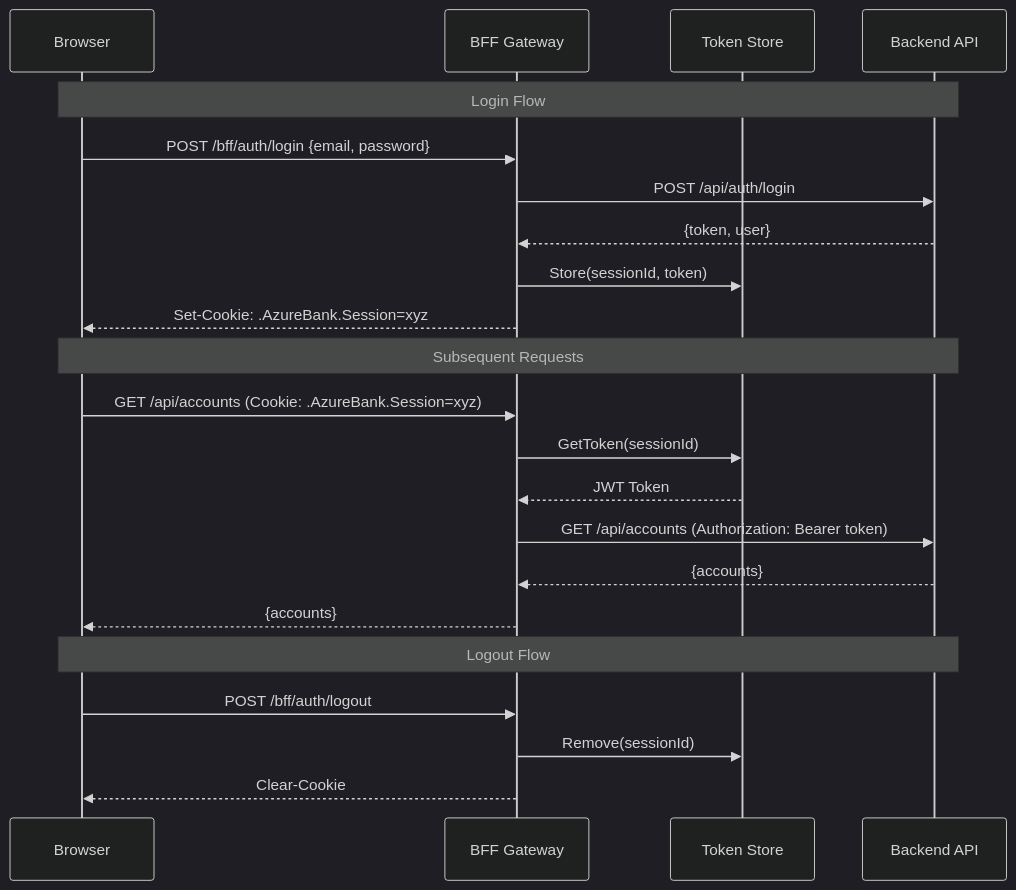
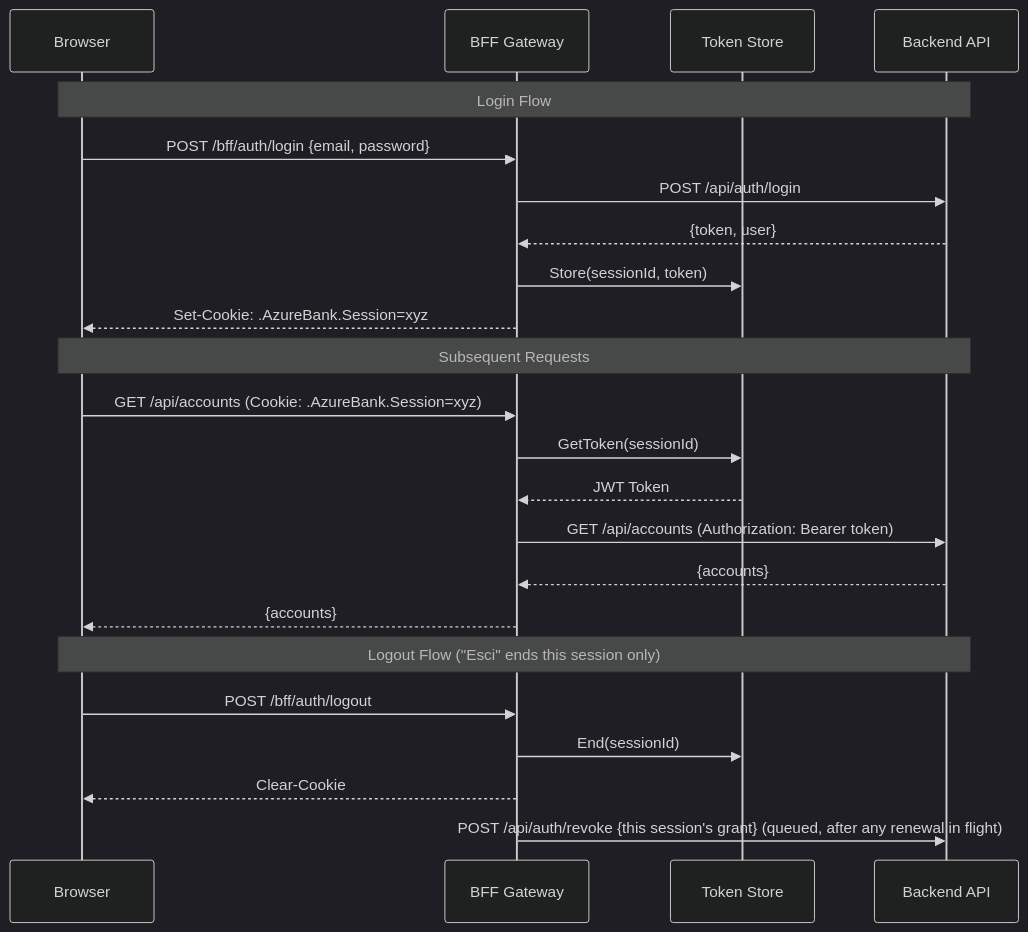
Before and after one commit to Gurgant/azurebank-v2: the second of 3 diagrams in backend/src/AzureBank.Bff/README.md, drawn with Mermaid (dark theme). The commit also changed other lines of this file and 40 other files, not shown here.

First line of the commit message:
Keep the BFF session through outages, and sign out one session only

````diff
--- a/backend/src/AzureBank.Bff/README.md
+++ b/backend/src/AzureBank.Bff/README.md
@@ -65,27 +65,28 @@
 ```mermaid
 sequenceDiagram
     participant B as Browser
     participant BFF as BFF Gateway
     participant Store as Token Store
     participant API as Backend API
 
     Note over B,API: Login Flow
     B->>BFF: POST /bff/auth/login {email, password}
     BFF->>API: POST /api/auth/login
     API-->>BFF: {token, user}
     BFF->>Store: Store(sessionId, token)
     BFF-->>B: Set-Cookie: .AzureBank.Session=xyz
 
     Note over B,API: Subsequent Requests
     B->>BFF: GET /api/accounts (Cookie: .AzureBank.Session=xyz)
     BFF->>Store: GetToken(sessionId)
     Store-->>BFF: JWT Token
     BFF->>API: GET /api/accounts (Authorization: Bearer token)
     API-->>BFF: {accounts}
     BFF-->>B: {accounts}
 
-    Note over B,API: Logout Flow
+    Note over B,API: Logout Flow ("Esci" ends this session only)
     B->>BFF: POST /bff/auth/logout
-    BFF->>Store: Remove(sessionId)
+    BFF->>Store: End(sessionId)
     BFF-->>B: Clear-Cookie
+    BFF->>API: POST /api/auth/revoke {this session's grant} (queued, after any renewal in flight)
 ```
````
